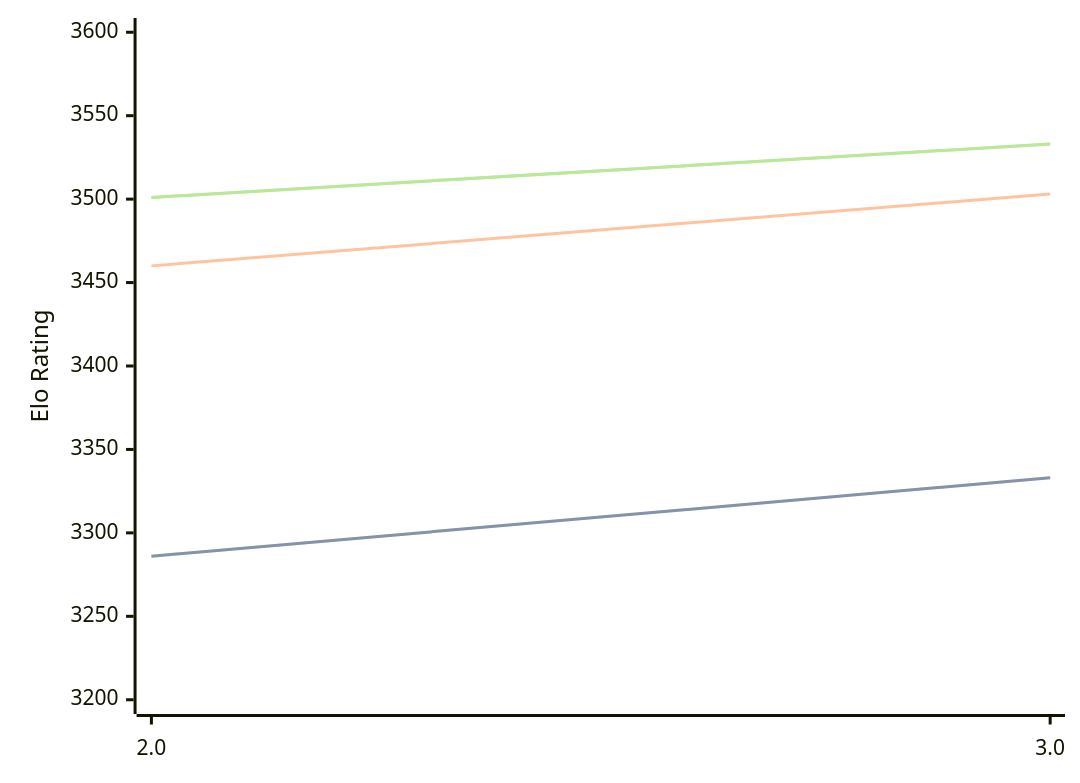
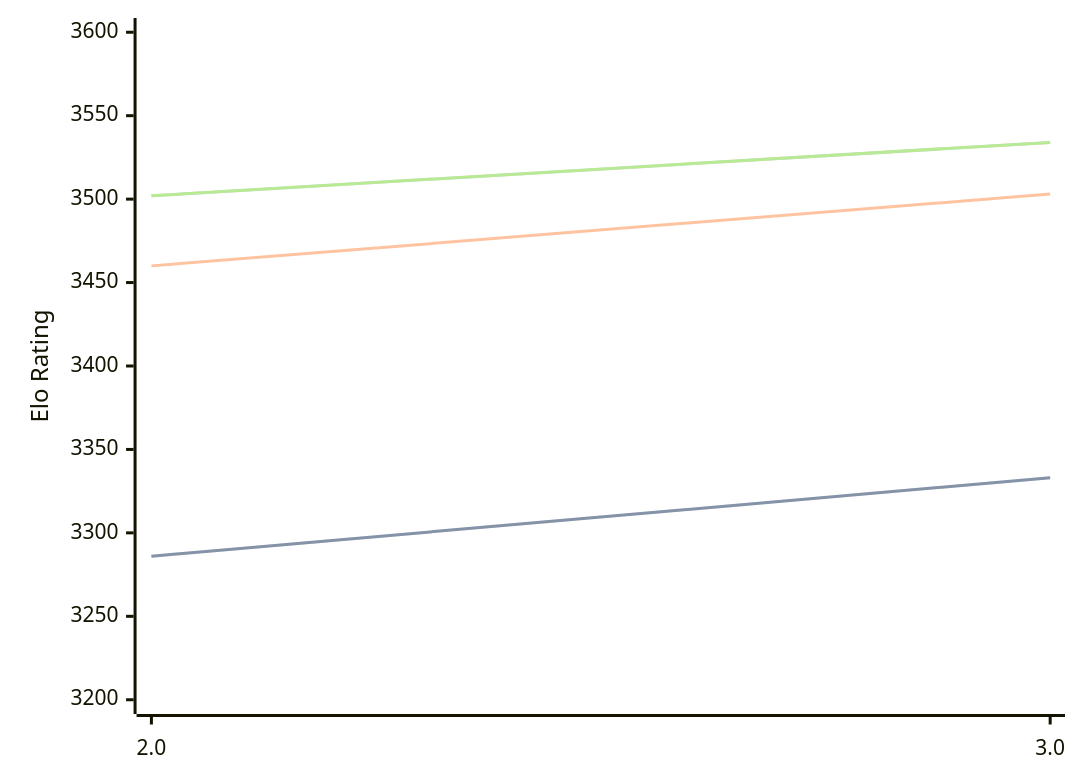
The third of 3 diagrams in engines/Quanticade.md (computer-chess-index/cci), drawn with Mermaid before and after one commit. The commit also changed other lines of this file, not shown here.

Commit message:
Update CCI Ratings (ELO VLTC) - 2026-07-12

````diff
--- a/engines/Quanticade.md
+++ b/engines/Quanticade.md
@@ -74,11 +74,11 @@
 ```mermaid
 %%{init: {"theme":"base","themeVariables":{"seriesColors:['#a3a3a3','#222221','#faa371']}}}%%
 xychart-beta
   x-axis ["2.0", "3.0"]
   y-axis "Elo Rating" 3200 --> 3600
   line "STC (8.0+0.08s)" [3286, 3333]
   line "STC (8.0+0.08s)" [3286, 3333]
   line "LTC (60.0+0.60s)" [3460, 3503]
-  line "VLTC (2m24s+1.12s)" [3501, 3533]
-  line "VLTC (2m24s+1.12s)" [3501, 3533]
+  line "VLTC (2m24s+1.12s)" [3502, 3534]
+  line "VLTC (2m24s+1.12s)" [3502, 3534]
 ```
````
